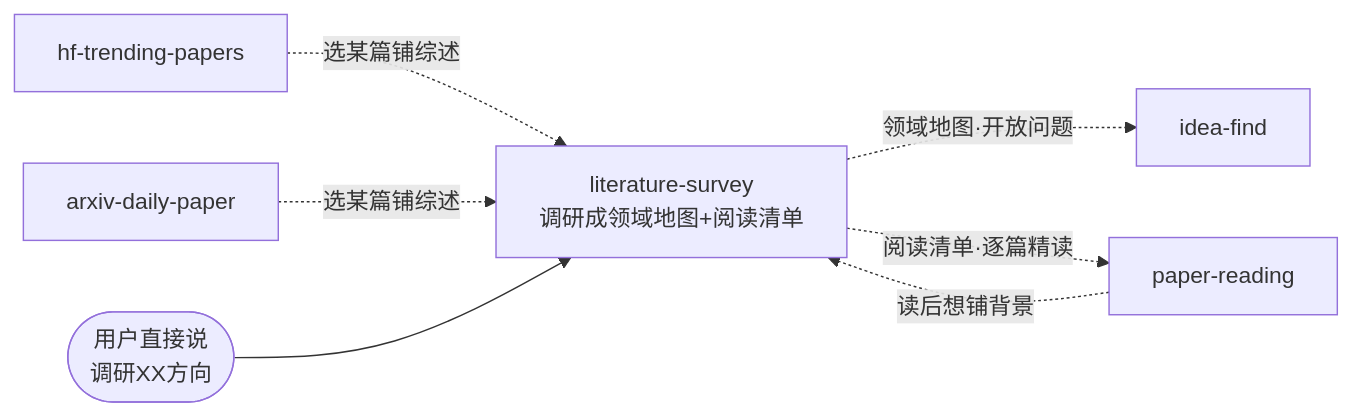
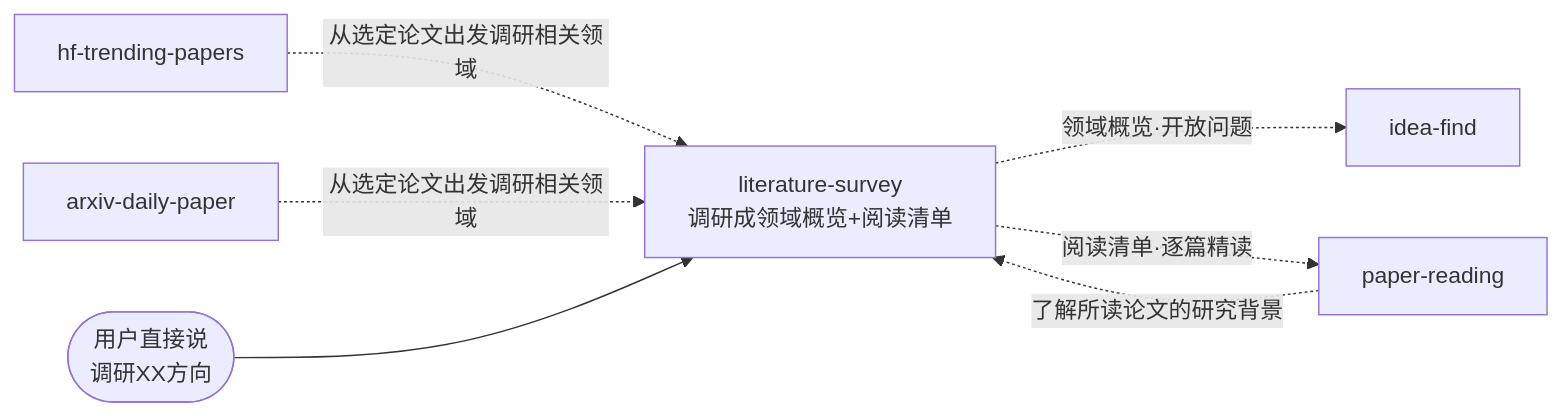
The first of 2 diagrams in plugins/dl-assistant/skills/literature-survey/SKILL.md (jackwang0108/dl-assistant), drawn with Mermaid before and after one commit. The commit also changed other lines of this file and 143 other files, not shown here.

````diff
--- a/plugins/dl-assistant/skills/literature-survey/SKILL.md
+++ b/plugins/dl-assistant/skills/literature-survey/SKILL.md
@@ -22,10 +22,10 @@
 ```mermaid
 flowchart LR
-    HF[hf-trending-papers] -.->|选某篇铺综述| LS
-    AD[arxiv-daily-paper] -.->|选某篇铺综述| LS
-    PR[paper-reading] -.->|读后想铺背景| LS
+    HF[hf-trending-papers] -.->|从选定论文出发调研相关领域| LS
+    AD[arxiv-daily-paper] -.->|从选定论文出发调研相关领域| LS
+    PR[paper-reading] -.->|了解所读论文的研究背景| LS
     USER(["用户直接说<br/>调研XX方向"]) --> LS
-    LS["literature-survey<br/>调研成领域地图+阅读清单"]
-    LS -.->|领域地图·开放问题| IF[idea-find]
+    LS["literature-survey<br/>调研成领域概览+阅读清单"]
+    LS -.->|领域概览·开放问题| IF[idea-find]
     LS -.->|阅读清单·逐篇精读| PR
 ```
````
